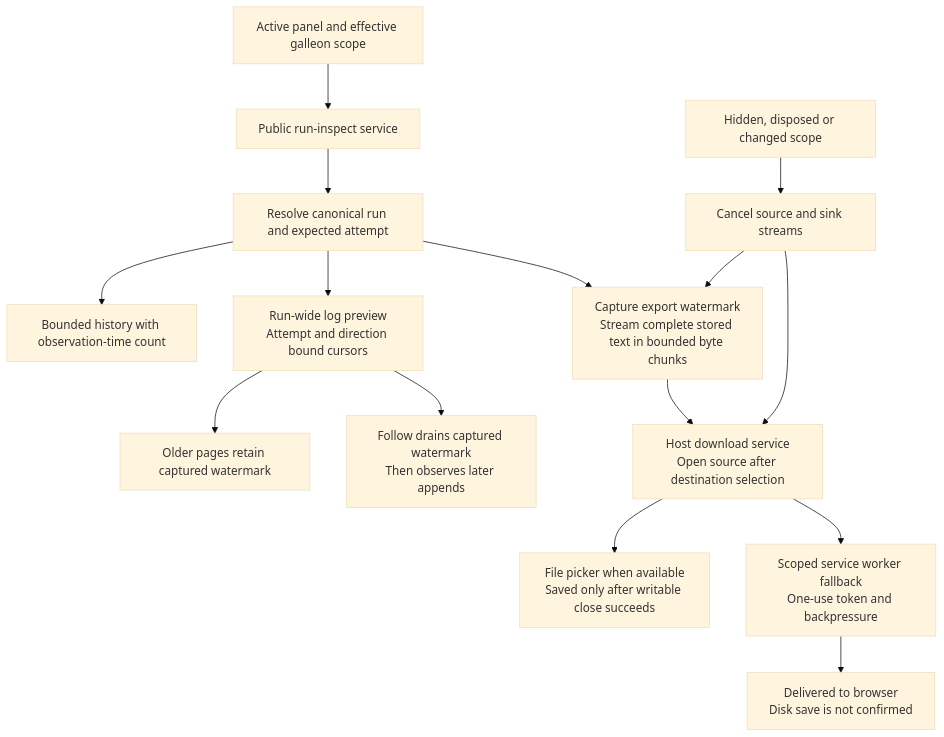
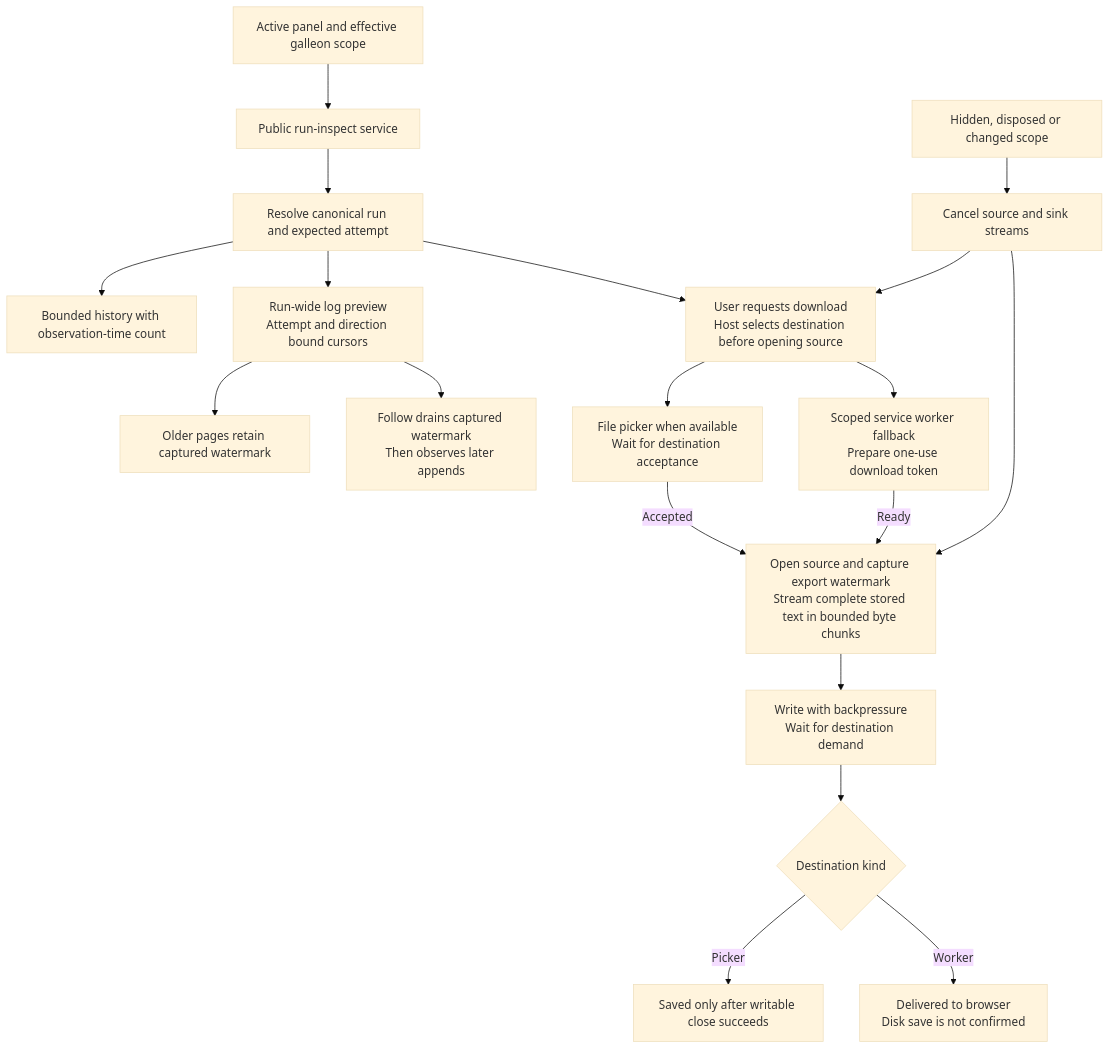
The second of 5 diagrams in docs/helmsman-process.md (nloehlein-godaddy/helmsman), drawn with Mermaid (base theme) before and after one commit. The commit also changed other lines of this file and 12 other files, not shown here.

````diff
--- a/docs/helmsman-process.md
+++ b/docs/helmsman-process.md
@@ -43,17 +43,21 @@
 ```mermaid
 flowchart TD
     Panel[Active panel and effective galleon scope] --> Inspect[Public run-inspect service]
     Inspect --> Resolve[Resolve canonical run and expected attempt]
     Resolve --> History[Bounded history with observation-time count]
     Resolve --> Preview[Run-wide log preview<br/>Attempt and direction bound cursors]
     Preview --> Older[Older pages retain captured watermark]
     Preview --> Follow[Follow drains captured watermark<br/>Then observes later appends]
-    Resolve --> Export[Capture export watermark<br/>Stream complete stored text in bounded byte chunks]
-    Export --> Sink[Host download service<br/>Open source after destination selection]
-    Sink --> Picker[File picker when available<br/>Saved only after writable close succeeds]
-    Sink --> Browser[Scoped service worker fallback<br/>One-use token and backpressure]
-    Browser --> Delivered[Delivered to browser<br/>Disk save is not confirmed]
+    Resolve --> Sink[User requests download<br/>Host selects destination before opening source]
+    Sink --> Picker[File picker when available<br/>Wait for destination acceptance]
+    Sink --> Browser[Scoped service worker fallback<br/>Prepare one-use download token]
+    Picker -->|Accepted| Export[Open source and capture export watermark<br/>Stream complete stored text in bounded byte chunks]
+    Browser -->|Ready| Export
+    Export --> Transfer[Write with backpressure<br/>Wait for destination demand]
+    Transfer --> End{Destination kind}
+    End -->|Picker| Saved[Saved only after writable close succeeds]
+    End -->|Worker| Delivered[Delivered to browser<br/>Disk save is not confirmed]
     Inactive[Hidden, disposed or changed scope] --> Abort[Cancel source and sink streams]
     Abort --> Export
     Abort --> Sink
 ```
````
